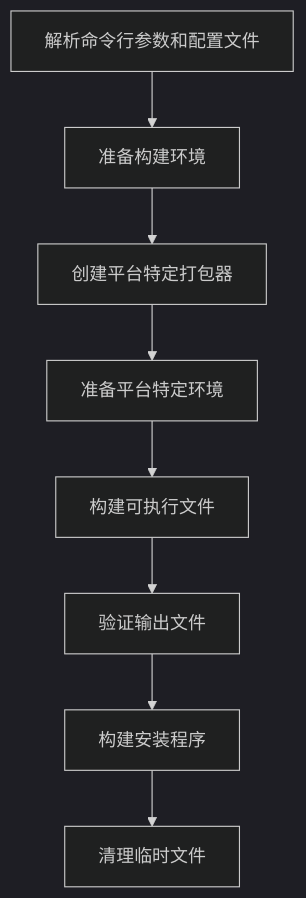
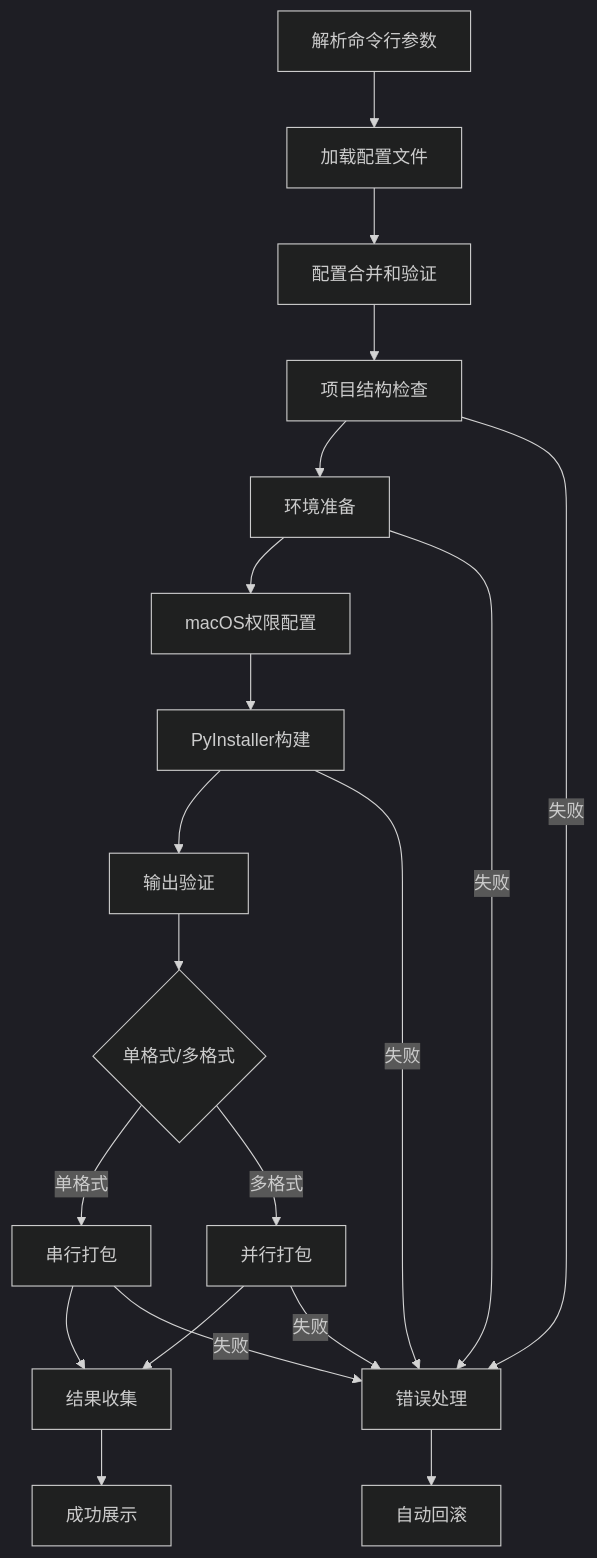
Before and after one commit to huangjunsen0406/UnifyPy: the diagram in 架构设计.md, drawn with Mermaid (dark theme). The commit also changed other lines of this file and 41 other files, not shown here.

````diff
--- a/架构设计.md
+++ b/架构设计.md
@@ -142,10 +410,23 @@
 ```mermaid
 graph TD
-    A[解析命令行参数和配置文件] --> B[准备构建环境]
-    B --> C[创建平台特定打包器]
-    C --> D[准备平台特定环境]
-    D --> E[构建可执行文件]
-    E --> F[验证输出文件]
-    F --> G[构建安装程序]
-    G --> H[清理临时文件]
+    A[解析命令行参数] --> B[加载配置文件]
+    B --> C[配置合并和验证]
+    C --> D[项目结构检查]
+    D --> E[环境准备]
+    E --> F[macOS权限配置]
+    F --> G[PyInstaller构建]
+    G --> H[输出验证]
+    H --> I{单格式/多格式}
+    I -->|单格式| J[串行打包]
+    I -->|多格式| K[并行打包]
+    J --> L[结果收集]
+    K --> L
+    L --> M[成功展示]
+    
+    D -->|失败| N[错误处理]
+    E -->|失败| N
+    G -->|失败| N
+    J -->|失败| N
+    K -->|失败| N
+    N --> O[自动回滚]
 ```
````
